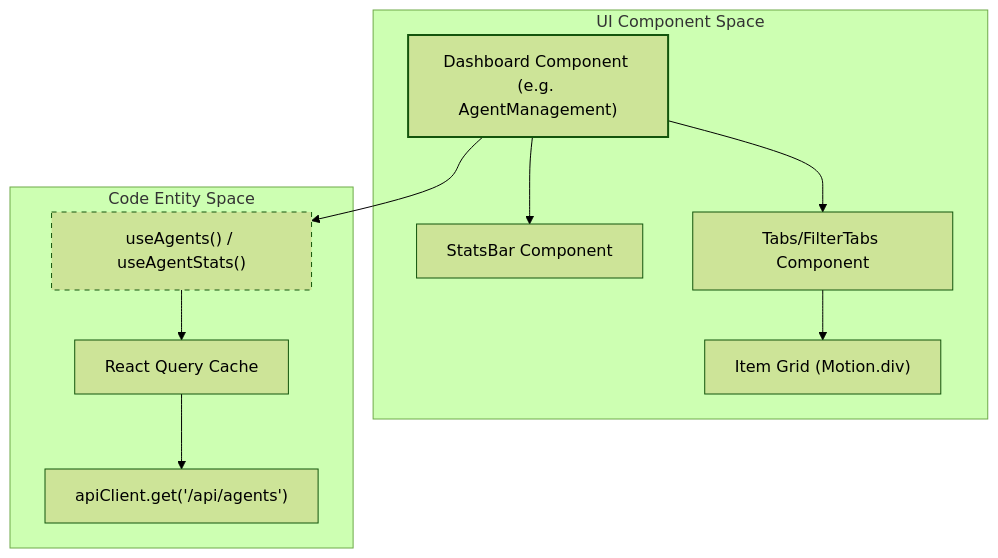
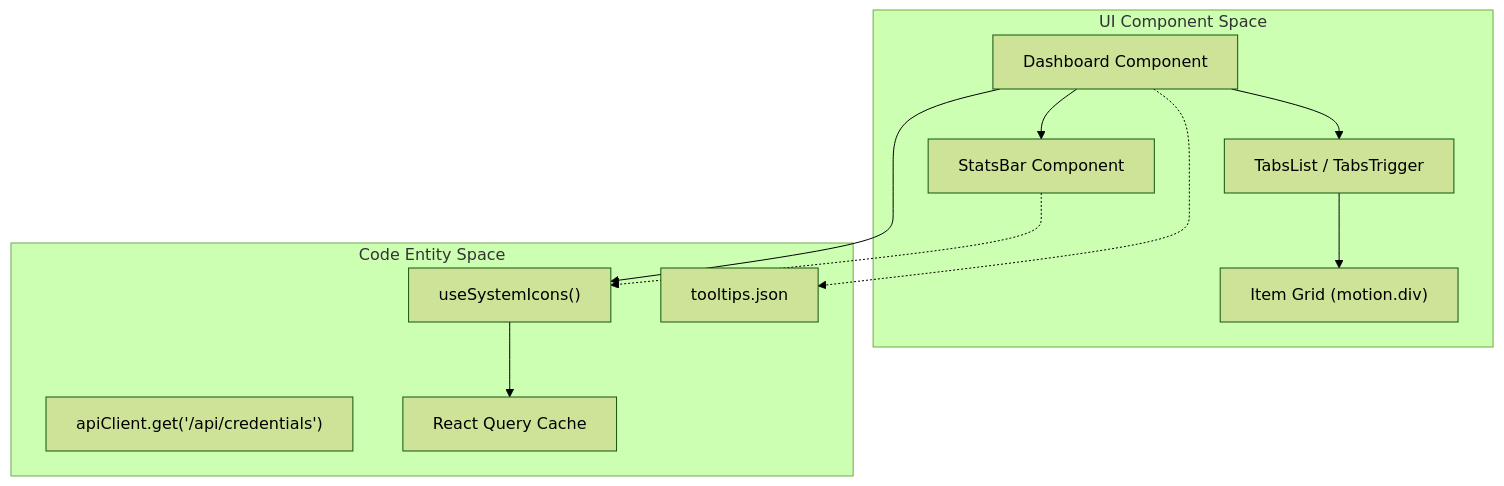
The first of 2 diagrams in docs/frontend-architecture/ui-component-patterns.md (AutomatosAI/automatos-ai), drawn with Mermaid (forest theme) before and after one commit. The commit also changed other lines of this file and 153 other files, not shown here.

````diff
--- a/docs/frontend-architecture/ui-component-patterns.md
+++ b/docs/frontend-architecture/ui-component-patterns.md
@@ -63,25 +59,24 @@
 ```mermaid
 graph TB
     subgraph "UI Component Space"
-        Dashboard["Dashboard Component (e.g. AgentManagement)"]
+        Dashboard["Dashboard Component"]
         Stats["StatsBar Component"]
-        Tabs["Tabs/FilterTabs Component"]
-        Grid["Item Grid (Motion.div)"]
+        Tabs["TabsList / TabsTrigger"]
+        Grid["Item Grid (motion.div)"]
     end
 
     subgraph "Code Entity Space"
-        Hook["useAgents() / useAgentStats()"]
-        API["apiClient.get('/api/agents')"]
+        Hook["useSystemIcons()"]
+        API["apiClient.get('/api/credentials')"]
         Store["React Query Cache"]
+        JSON["tooltips.json"]
     end
 
     Dashboard --> Hook
     Hook --> Store
-    Store --> API
     Dashboard --> Stats
     Dashboard --> Tabs
     Tabs --> Grid
-    
-    style Dashboard stroke-width:2px
-    style Hook stroke-dasharray: 5 5
+    Stats -.-> Hook
+    Dashboard -.-> JSON
 ```
````
